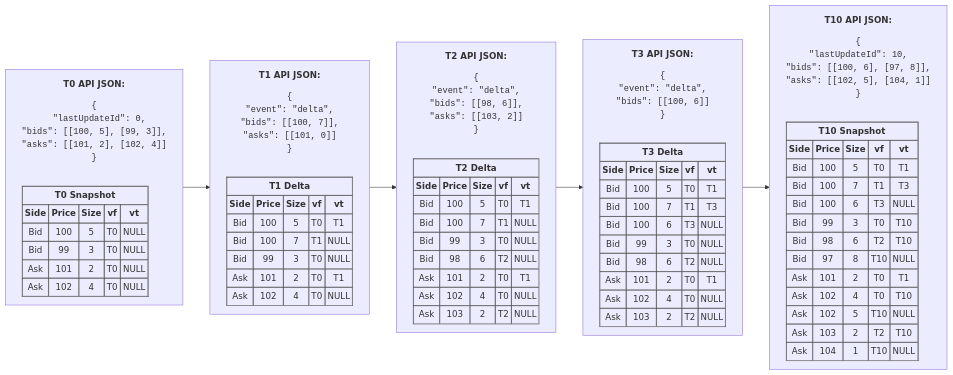
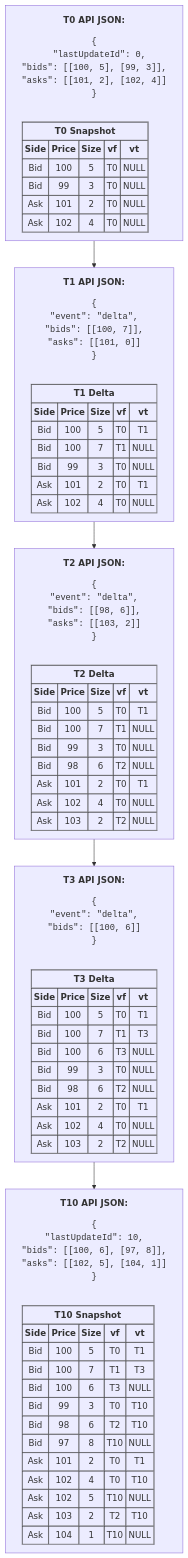
Before and after one commit to rahjooh/CryptoTrade: the diagram in doc/OrderbookApproach.md, drawn with Mermaid.

````diff
--- a/doc/OrderbookApproach.md
+++ b/doc/OrderbookApproach.md
@@ -402,39 +402,39 @@
 ```mermaid
-graph LR
+graph 
 
   T0["<b>T0 API JSON:</b><br/><pre>{
   &quot;lastUpdateId&quot;: 0,
 &quot;bids&quot;: [[100, 5], [99, 3]],
 &quot;asks&quot;: [[101, 2], [102, 4]]
 }</pre>
 <table border='1' cellspacing='0' cellpadding='4'> <tr><th colspan='5'>T0 Snapshot</th></tr> <tr><th>Side</th><th>Price</th><th>Size</th><th>vf</th><th>vt</th></tr> <tr><td align='center'>Bid</td><td align='center'>100</td><td align='center'>5</td><td align='center'>T0</td><td align='center'>NULL</td></tr> <tr><td align='center'>Bid</td><td align='center'>99</td><td align='center'>3</td><td align='center'>T0</td><td align='center'>NULL</td></tr> <tr><td align='center'>Ask</td><td align='center'>101</td><td align='center'>2</td><td align='center'>T0</td><td align='center'>NULL</td></tr> <tr><td align='center'>Ask</td><td align='center'>102</td><td align='center'>4</td><td align='center'>T0</td><td align='center'>NULL</td></tr> </table>"]
 
 T1["<b>T1 API JSON:</b><br/><pre>{
 &quot;event&quot;: &quot;delta&quot;,
 &quot;bids&quot;: [[100, 7]],
 &quot;asks&quot;: [[101, 0]]
 }</pre>
 <table border='1' cellspacing='0' cellpadding='4'> <tr><th colspan='5'>T1 Delta</th></tr> <tr><th>Side</th><th>Price</th><th>Size</th><th>vf</th><th>vt</th></tr> <tr><td align='center'>Bid</td><td align='center'>100</td><td align='center'>5</td><td align='center'>T0</td><td align='center'>T1</td></tr> <tr><td align='center'>Bid</td><td align='center'>100</td><td align='center'>7</td><td align='center'>T1</td><td align='center'>NULL</td></tr> <tr><td align='center'>Bid</td><td align='center'>99</td><td align='center'>3</td><td align='center'>T0</td><td align='center'>NULL</td></tr> <tr><td align='center'>Ask</td><td align='center'>101</td><td align='center'>2</td><td align='center'>T0</td><td align='center'>T1</td></tr> <tr><td align='center'>Ask</td><td align='center'>102</td><td align='center'>4</td><td align='center'>T0</td><td align='center'>NULL</td></tr> </table>"]
 
 T2["<b>T2 API JSON:</b><br/><pre>{
 &quot;event&quot;: &quot;delta&quot;,
 &quot;bids&quot;: [[98, 6]],
 &quot;asks&quot;: [[103, 2]]
 }</pre>
 <table border='1' cellspacing='0' cellpadding='4'> <tr><th colspan='5'>T2 Delta</th></tr> <tr><th>Side</th><th>Price</th><th>Size</th><th>vf</th><th>vt</th></tr> <tr><td align='center'>Bid</td><td align='center'>100</td><td align='center'>5</td><td align='center'>T0</td><td align='center'>T1</td></tr> <tr><td align='center'>Bid</td><td align='center'>100</td><td align='center'>7</td><td align='center'>T1</td><td align='center'>NULL</td></tr> <tr><td align='center'>Bid</td><td align='center'>99</td><td align='center'>3</td><td align='center'>T0</td><td align='center'>NULL</td></tr> <tr><td align='center'>Bid</td><td align='center'>98</td><td align='center'>6</td><td align='center'>T2</td><td align='center'>NULL</td></tr> <tr><td align='center'>Ask</td><td align='center'>101</td><td align='center'>2</td><td align='center'>T0</td><td align='center'>T1</td></tr> <tr><td align='center'>Ask</td><td align='center'>102</td><td align='center'>4</td><td align='center'>T0</td><td align='center'>NULL</td></tr> <tr><td align='center'>Ask</td><td align='center'>103</td><td align='center'>2</td><td align='center'>T2</td><td align='center'>NULL</td></tr> </table>"]
 
 T3["<b>T3 API JSON:</b><br/><pre>{
 &quot;event&quot;: &quot;delta&quot;,
 &quot;bids&quot;: [[100, 6]]
 }</pre>
 <table border='1' cellspacing='0' cellpadding='4'> <tr><th colspan='5'>T3 Delta</th></tr> <tr><th>Side</th><th>Price</th><th>Size</th><th>vf</th><th>vt</th></tr> <tr><td align='center'>Bid</td><td align='center'>100</td><td align='center'>5</td><td align='center'>T0</td><td align='center'>T1</td></tr> <tr><td align='center'>Bid</td><td align='center'>100</td><td align='center'>7</td><td align='center'>T1</td><td align='center'>T3</td></tr> <tr><td align='center'>Bid</td><td align='center'>100</td><td align='center'>6</td><td align='center'>T3</td><td align='center'>NULL</td></tr> <tr><td align='center'>Bid</td><td align='center'>99</td><td align='center'>3</td><td align='center'>T0</td><td align='center'>NULL</td></tr> <tr><td align='center'>Bid</td><td align='center'>98</td><td align='center'>6</td><td align='center'>T2</td><td align='center'>NULL</td></tr> <tr><td align='center'>Ask</td><td align='center'>101</td><td align='center'>2</td><td align='center'>T0</td><td align='center'>T1</td></tr> <tr><td align='center'>Ask</td><td align='center'>102</td><td align='center'>4</td><td align='center'>T0</td><td align='center'>NULL</td></tr> <tr><td align='center'>Ask</td><td align='center'>103</td><td align='center'>2</td><td align='center'>T2</td><td align='center'>NULL</td></tr> </table>"]
 
 T10["<b>T10 API JSON:</b><br/><pre>{
 &quot;lastUpdateId&quot;: 10,
 &quot;bids&quot;: [[100, 6], [97, 8]],
 &quot;asks&quot;: [[102, 5], [104, 1]]
 }</pre>
 <table border='1' cellspacing='0' cellpadding='4'> <tr><th colspan='5'>T10 Snapshot</th></tr> <tr><th>Side</th><th>Price</th><th>Size</th><th>vf</th><th>vt</th></tr> <tr><td align='center'>Bid</td><td align='center'>100</td><td align='center'>5</td><td align='center'>T0</td><td align='center'>T1</td></tr> <tr><td align='center'>Bid</td><td align='center'>100</td><td align='center'>7</td><td align='center'>T1</td><td align='center'>T3</td></tr> <tr><td align='center'>Bid</td><td align='center'>100</td><td align='center'>6</td><td align='center'>T3</td><td align='center'>NULL</td></tr> <tr><td align='center'>Bid</td><td align='center'>99</td><td align='center'>3</td><td align='center'>T0</td><td align='center'>T10</td></tr> <tr><td align='center'>Bid</td><td align='center'>98</td><td align='center'>6</td><td align='center'>T2</td><td align='center'>T10</td></tr> <tr><td align='center'>Bid</td><td align='center'>97</td><td align='center'>8</td><td align='center'>T10</td><td align='center'>NULL</td></tr> <tr><td align='center'>Ask</td><td align='center'>101</td><td align='center'>2</td><td align='center'>T0</td><td align='center'>T1</td></tr> <tr><td align='center'>Ask</td><td align='center'>102</td><td align='center'>4</td><td align='center'>T0</td><td align='center'>T10</td></tr> <tr><td align='center'>Ask</td><td align='center'>102</td><td align='center'>5</td><td align='center'>T10</td><td align='center'>NULL</td></tr> <tr><td align='center'>Ask</td><td align='center'>103</td><td align='center'>2</td><td align='center'>T2</td><td align='center'>T10</td></tr> <tr><td align='center'>Ask</td><td align='center'>104</td><td align='center'>1</td><td align='center'>T10</td><td align='center'>NULL</td></tr></table>"]
 
 T0 --> T1 --> T2 --> T3 --> T10
 ```
````
